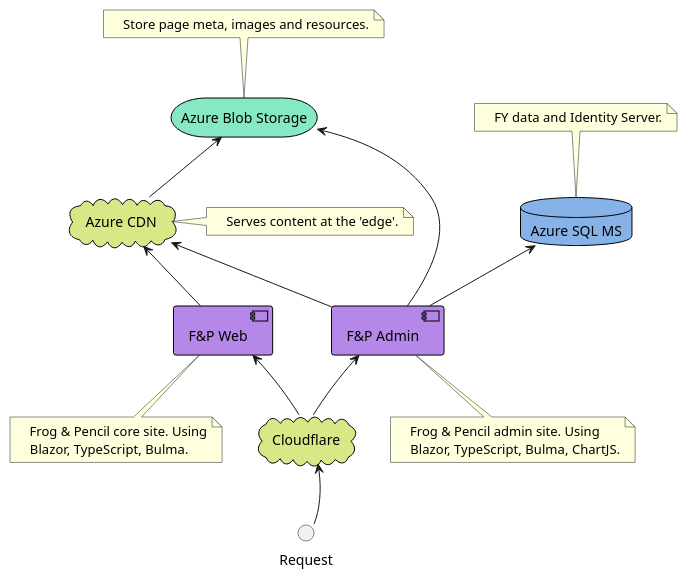
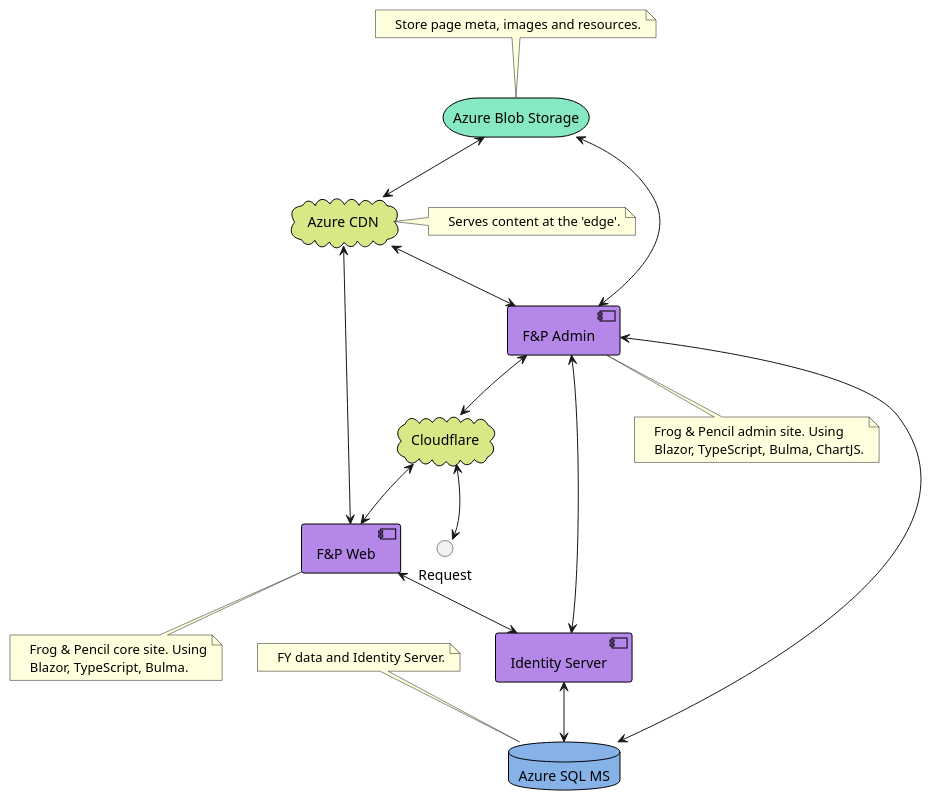
The second of 2 diagrams in obsidian-vault/🐸 Frog & Pencil/Architecture Diagram.md (bearandhammer/knowledge-vault), drawn with PlantUML before and after one commit.

Commit message:
Lews PC vault backup: 07/04/2022 08:38:19
Affected files:
obsidian-vault/🐸 Frog & Pencil/Architecture Diagram.md

````diff
--- a/obsidian-vault/🐸 Frog & Pencil/Architecture Diagram.md
+++ b/obsidian-vault/🐸 Frog & Pencil/Architecture Diagram.md
@@ -71,6 +71,10 @@
 component "F&P Admin" as FPA {
 }
 
+component "Identity Server" as IS {
+
+}
+
 cloud "Azure CDN" as ACDN {
 }
 
@@ -96,16 +100,20 @@
     Serves content at the 'edge'.
 end note
 
-ABS <-- ACDN
-ABS <-- FPA
-ACDN <-- FPW
-ACDN <-- FPA
-ASMS <-- FPA
-FPA <-- CF
-CF --> FPW
-REQ --> CF
+ABS <--> ACDN
+ABS <--> FPA
+ACDN <--> FPW
+ACDN <--> FPA
+ASMS <--> FPA
+FPA <--> CF
+CF <--> FPW
+REQ <--> CF
+FPA <--> IS
+FPW <--> IS
+IS <--> ASMS
 
 CF -[hidden]d-> REQ
 FPA -[hidden]-> CF
 FPW -[hidden]-> CF
+FPA -[hidden]r-> IS
 ```
````
